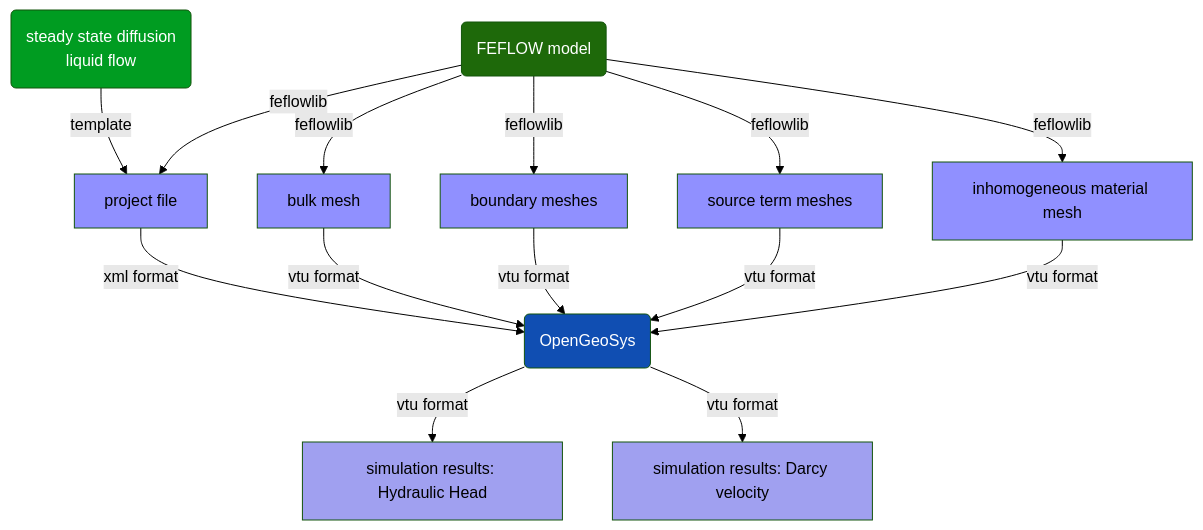
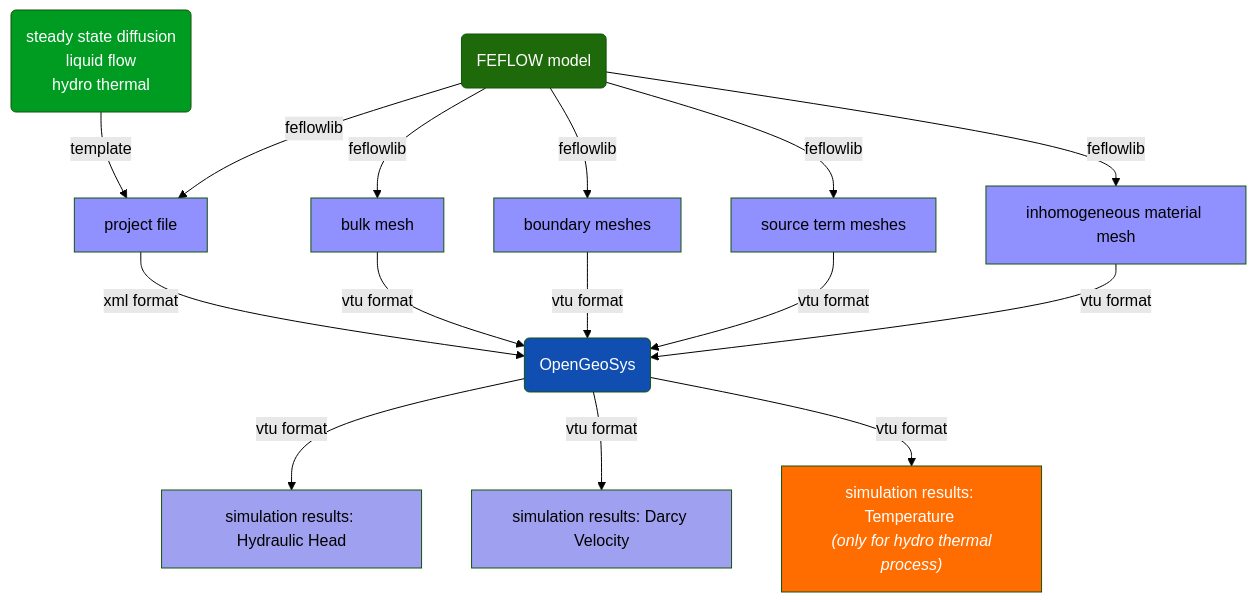
The diagram in docs/user-guide/feflowlib.md (ufz/ogstools), drawn with Mermaid (forest theme) before and after one commit. The commit also changed other lines of this file, not shown here.

````diff
--- a/docs/user-guide/feflowlib.md
+++ b/docs/user-guide/feflowlib.md
@@ -52,23 +52,26 @@
 ```{mermaid}
 graph TD
     FEFLOW(FEFLOW model):::FEFLOWStyle -->|feflowlib| OGS_PRJ:::InputStyle
     FEFLOW(FEFLOW model):::FEFLOWStyle -->|feflowlib| OGS_BULK:::InputStyle
     FEFLOW(FEFLOW model):::FEFLOWStyle -->|feflowlib| OGS_BOUNDARY:::InputStyle
     FEFLOW(FEFLOW model):::FEFLOWStyle -->|feflowlib| OGS_SOURCE:::InputStyle
     FEFLOW(FEFLOW model):::FEFLOWStyle -->|feflowlib| OGS_INHOMOGENEOUS:::InputStyle
-    SSD(steady state diffusion <br> liquid flow):::TemplateStyle -->|template| OGS_PRJ:::InputStyle
+    SSD(steady state diffusion <br> liquid flow <br> hydro thermal):::TemplateStyle -->|template| OGS_PRJ:::InputStyle
     OGS_PRJ[project file]:::InputStyle -->|xml format| OGS
     OGS_BULK[bulk mesh]:::InputStyle -->|vtu format| OGS
     OGS_BOUNDARY[boundary meshes]:::InputStyle -->|vtu format| OGS
     OGS_INHOMOGENEOUS[inhomogeneous material mesh]:::InputStyle -->|vtu format| OGS
     OGS_SOURCE[source term meshes]:::InputStyle -->|vtu format| OGS
     OGS(OpenGeoSys):::OGSStyle -->|vtu format| OGS_PRESSURE[simulation results: Hydraulic Head]:::OGSOutputStyle
-    OGS -->|vtu format| OGS_VELO[simulation results: Darcy velocity]:::OGSOutputStyle
+    OGS -->|vtu format| OGS_VELO[simulation results: Darcy Velocity]:::OGSOutputStyle
+    OGS -->|vtu format| OGS_TEMP["simulation results: Temperature <br> <i>(only for hydro thermal process)</i>"]:::TempOutputStlye
+
 
 classDef InputStyle fill:#9090ff
 classDef OGSStyle fill:#104eb2, color:#ffffff
 classDef FEFLOWStyle fill:#1e690a, color:#ffffff
 classDef feflowlibStyle fill:#081f6a, color:#ffffff
 classDef OGSOutputStyle fill:#a0a0f0
 classDef TemplateStyle fill:#009c21, color:#ffffff
+classDef TempOutputStlye fill:#ff6c00, color:#ffffff
 ```
````
